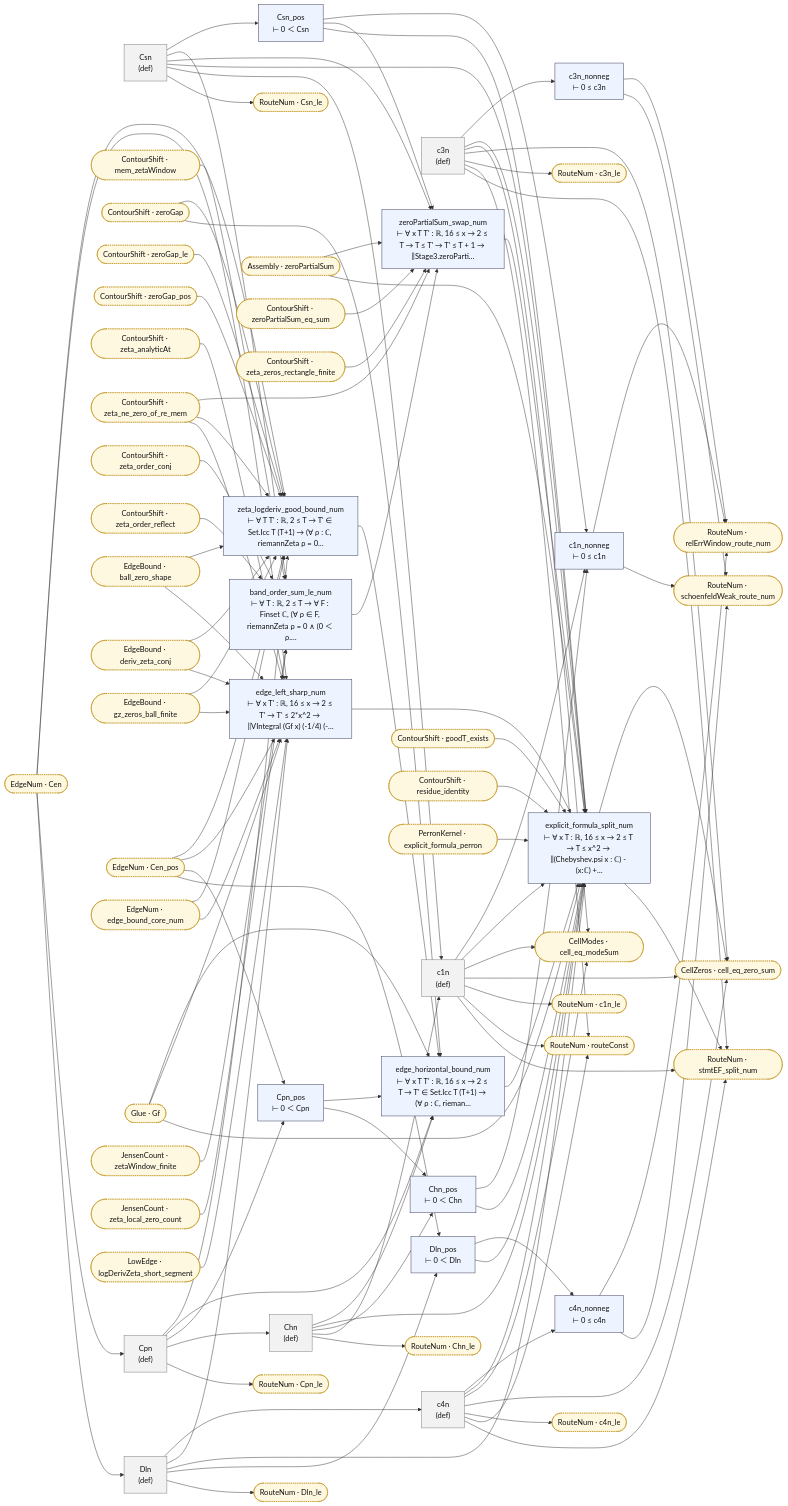
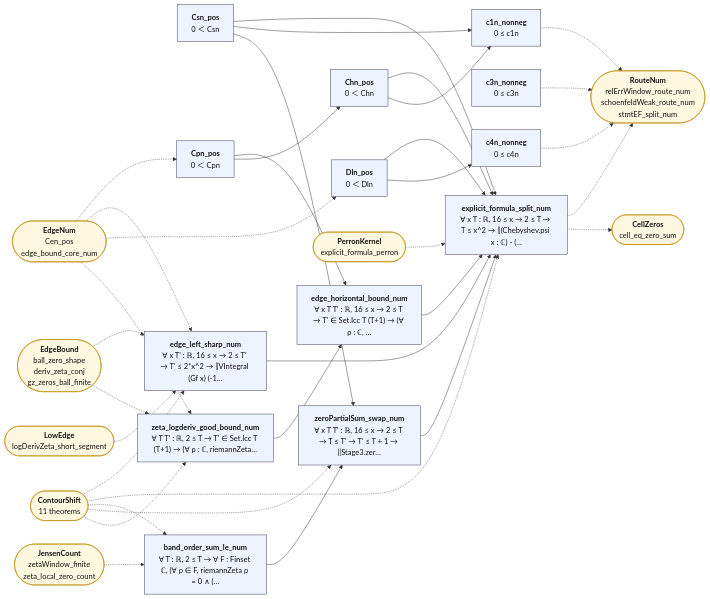
One commit to juliansambranojr/Primebeat_081426 changed the diagram in map/lean_stage3/GlueNum.md. Above: the diagram before and after it, drawn with Mermaid. The commit also changed other lines of this file and 387 other files, not shown here.

````diff
--- a/map/lean_stage3/GlueNum.md
+++ b/map/lean_stage3/GlueNum.md
@@ -8,170 +12,62 @@
 ```mermaid
 flowchart LR
-  n0["Csn<br/>(def)"]:::dfn
-  n1["Csn_pos<br/>⊢ 0 ＜ Csn"]:::thm
-  n2["Cpn<br/>(def)"]:::dfn
-  n3["Cpn_pos<br/>⊢ 0 ＜ Cpn"]:::thm
-  n4["Chn<br/>(def)"]:::dfn
-  n5["Chn_pos<br/>⊢ 0 ＜ Chn"]:::thm
-  n6["Dln<br/>(def)"]:::dfn
-  n7["Dln_pos<br/>⊢ 0 ＜ Dln"]:::thm
-  n8["c1n<br/>(def)"]:::dfn
-  n9["c3n<br/>(def)"]:::dfn
-  n10["c4n<br/>(def)"]:::dfn
-  n11["c1n_nonneg<br/>⊢ 0 ≤ c1n"]:::thm
-  n12["c3n_nonneg<br/>⊢ 0 ≤ c3n"]:::thm
-  n13["c4n_nonneg<br/>⊢ 0 ≤ c4n"]:::thm
-  n14["band_order_sum_le_num<br/>⊢ ∀ T : ℝ, 2 ≤ T → ∀ F : Finset ℂ, (∀ ρ ∈ F, riemannZeta ρ = 0 ∧ (0 ＜ ρ.…"]:::thm
-  n15["zeroPartialSum_swap_num<br/>⊢ ∀ x T T' : ℝ, 16 ≤ x → 2 ≤ T → T ≤ T' → T' ≤ T + 1 → ‖Stage3.zeroParti…"]:::thm
-  n16["zeta_logderiv_good_bound_num<br/>⊢ ∀ T T' : ℝ, 2 ≤ T → T' ∈ Set.Icc T (T+1) → (∀ ρ : ℂ, riemannZeta ρ = 0…"]:::thm
-  n17["edge_horizontal_bound_num<br/>⊢ ∀ x T T' : ℝ, 16 ≤ x → 2 ≤ T → T' ∈ Set.Icc T (T+1) → (∀ ρ : ℂ, rieman…"]:::thm
-  n18["edge_left_sharp_num<br/>⊢ ∀ x T' : ℝ, 16 ≤ x → 2 ≤ T' → T' ≤ 2*x^2 → ‖VIntegral (Gf x) (-1/4) (-…"]:::thm
-  n19["explicit_formula_split_num<br/>⊢ ∀ x T : ℝ, 16 ≤ x → 2 ≤ T → T ≤ x^2 → ‖(Chebyshev.psi x : ℂ) - (x:ℂ) +…"]:::thm
-  x0(["Assembly · zeroPartialSum"]):::ext
-  x1(["CellModes · cell_eq_modeSum"]):::ext
-  x2(["CellZeros · cell_eq_zero_sum"]):::ext
-  x3(["ContourShift · goodT_exists"]):::ext
-  x4(["ContourShift · mem_zetaWindow"]):::ext
-  x5(["ContourShift · residue_identity"]):::ext
-  x6(["ContourShift · zeroGap"]):::ext
-  x7(["ContourShift · zeroGap_le"]):::ext
-  x8(["ContourShift · zeroGap_pos"]):::ext
-  x9(["ContourShift · zeroPartialSum_eq_sum"]):::ext
-  x10(["ContourShift · zeta_analyticAt"]):::ext
-  x11(["ContourShift · zeta_ne_zero_of_re_mem"]):::ext
-  x12(["ContourShift · zeta_order_conj"]):::ext
-  x13(["ContourShift · zeta_order_reflect"]):::ext
-  x14(["ContourShift · zeta_zeros_rectangle_finite"]):::ext
-  x15(["EdgeBound · ball_zero_shape"]):::ext
-  x16(["EdgeBound · deriv_zeta_conj"]):::ext
-  x17(["EdgeBound · gz_zeros_ball_finite"]):::ext
-  x18(["EdgeNum · Cen"]):::ext
-  x19(["EdgeNum · Cen_pos"]):::ext
-  x20(["EdgeNum · edge_bound_core_num"]):::ext
-  x21(["Glue · Gf"]):::ext
-  x22(["JensenCount · zetaWindow_finite"]):::ext
-  x23(["JensenCount · zeta_local_zero_count"]):::ext
-  x24(["LowEdge · logDerivZeta_short_segment"]):::ext
-  x25(["PerronKernel · explicit_formula_perron"]):::ext
-  x26(["RouteNum · Chn_le"]):::ext
-  x27(["RouteNum · Cpn_le"]):::ext
-  x28(["RouteNum · Csn_le"]):::ext
-  x29(["RouteNum · Dln_le"]):::ext
-  x30(["RouteNum · c1n_le"]):::ext
-  x31(["RouteNum · c3n_le"]):::ext
-  x32(["RouteNum · c4n_le"]):::ext
-  x33(["RouteNum · relErrWindow_route_num"]):::ext
-  x34(["RouteNum · routeConst"]):::ext
-  x35(["RouteNum · schoenfeldWeak_route_num"]):::ext
-  x36(["RouteNum · stmtEF_split_num"]):::ext
-  n0 --> n1
-  n0 --> n14
-  n0 --> n15
-  n0 --> n19
+  n0["<b>Csn_pos</b><br/>0 ＜ Csn"]:::thm
+  n1["<b>Cpn_pos</b><br/>0 ＜ Cpn"]:::thm
+  n2["<b>Chn_pos</b><br/>0 ＜ Chn"]:::thm
+  n3["<b>Dln_pos</b><br/>0 ＜ Dln"]:::thm
+  n4["<b>c1n_nonneg</b><br/>0 ≤ c1n"]:::thm
+  n5["<b>c3n_nonneg</b><br/>0 ≤ c3n"]:::thm
+  n6["<b>c4n_nonneg</b><br/>0 ≤ c4n"]:::thm
+  n7["<b>band_order_sum_le_num</b><br/>∀ T : ℝ, 2 ≤ T → ∀ F : Finset ℂ, (∀ ρ ∈ F, riemannZeta ρ = 0 ∧ (…"]:::thm
+  n8["<b>zeroPartialSum_swap_num</b><br/>∀ x T T' : ℝ, 16 ≤ x → 2 ≤ T → T ≤ T' → T' ≤ T + 1 → ‖Stage3.zer…"]:::thm
+  n9["<b>zeta_logderiv_good_bound_num</b><br/>∀ T T' : ℝ, 2 ≤ T → T' ∈ Set.Icc T (T+1) → (∀ ρ : ℂ, riemannZeta…"]:::thm
+  n10["<b>edge_horizontal_bound_num</b><br/>∀ x T T' : ℝ, 16 ≤ x → 2 ≤ T → T' ∈ Set.Icc T (T+1) → (∀ ρ : ℂ, …"]:::thm
+  n11["<b>edge_left_sharp_num</b><br/>∀ x T' : ℝ, 16 ≤ x → 2 ≤ T' → T' ≤ 2*x^2 → ‖VIntegral (Gf x) (-1…"]:::thm
+  n12["<b>explicit_formula_split_num</b><br/>∀ x T : ℝ, 16 ≤ x → 2 ≤ T → T ≤ x^2 → ‖(Chebyshev.psi x : ℂ) - (…"]:::thm
+  x0(["<b>EdgeNum</b><br/>Cen_pos<br/>edge_bound_core_num"]):::ext
+  x1(["<b>RouteNum</b><br/>relErrWindow_route_num<br/>schoenfeldWeak_route_num<br/>stmtEF_split_num"]):::ext
+  x2(["<b>ContourShift</b><br/>11 theorems"]):::ext
+  x3(["<b>JensenCount</b><br/>zetaWindow_finite<br/>zeta_local_zero_count"]):::ext
+  x4(["<b>EdgeBound</b><br/>ball_zero_shape<br/>deriv_zeta_conj<br/>gz_zeros_ball_finite"]):::ext
+  x5(["<b>LowEdge</b><br/>logDerivZeta_short_segment"]):::ext
+  x6(["<b>PerronKernel</b><br/>explicit_formula_perron"]):::ext
+  x7(["<b>CellZeros</b><br/>cell_eq_zero_sum"]):::ext
+  n0 --> n12
+  n0 --> n4
   n0 --> n8
-  n0 --> x28
-  n1 --> n11
-  n1 --> n15
-  n1 --> n19
-  n10 --> n13
-  n10 --> n19
-  n10 --> x1
-  n10 --> x2
-  n10 --> x32
-  n10 --> x34
-  n10 --> x36
-  n11 --> x33
-  n11 --> x35
-  n12 --> x33
-  n12 --> x35
-  n13 --> x33
-  n13 --> x35
-  n14 --> n15
-  n15 --> n19
-  n16 --> n17
-  n17 --> n19
-  n18 --> n19
-  n19 --> x2
-  n19 --> x36
-  n2 --> n16
-  n2 --> n17
-  n2 --> n3
+  n1 --> n10
+  n1 --> n2
+  n10 --> n12
+  n11 --> n12
+  n2 --> n12
   n2 --> n4
-  n2 --> x27
-  n3 --> n17
-  n3 --> n5
-  n4 --> n17
-  n4 --> n19
-  n4 --> n5
-  n4 --> n8
-  n4 --> x26
-  n5 --> n11
-  n5 --> n19
-  n6 --> n10
-  n6 --> n18
-  n6 --> n19
-  n6 --> n7
-  n6 --> x29
-  n7 --> n13
-  n7 --> n19
-  n8 --> n11
-  n8 --> n19
-  n8 --> x1
-  n8 --> x2
-  n8 --> x30
-  n8 --> x34
-  n8 --> x36
-  n9 --> n12
-  n9 --> n19
-  n9 --> x1
-  n9 --> x2
-  n9 --> x31
-  n9 --> x34
-  n9 --> x36
-  x0 --> n15
-  x0 --> n19
-  x10 --> n18
-  x11 --> n15
-  x11 --> n16
-  x11 --> n18
-  x12 --> n14
-  x13 --> n14
-  x14 --> n15
-  x15 --> n16
-  x15 --> n18
-  x16 --> n16
-  x16 --> n18
-  x17 --> n16
-  x17 --> n18
-  x18 --> n16
-  x18 --> n18
-  x18 --> n2
-  x18 --> n6
-  x19 --> n16
-  x19 --> n18
-  x19 --> n3
-  x19 --> n7
-  x20 --> n16
-  x20 --> n18
-  x21 --> n17
-  x21 --> n18
-  x21 --> n19
-  x22 --> n14
-  x23 --> n14
-  x24 --> n18
-  x25 --> n19
-  x3 --> n19
-  x4 --> n14
-  x5 --> n19
-  x6 --> n16
-  x6 --> n17
-  x7 --> n16
-  x8 --> n16
-  x9 --> n15
+  n3 --> n12
+  n3 --> n6
+  n7 --> n8
+  n8 --> n12
+  n9 --> n10
+  n12 -.-> x1
+  n12 -.-> x7
+  n4 -.-> x1
+  n5 -.-> x1
+  n6 -.-> x1
+  x0 -.-> n1
+  x0 -.-> n11
+  x0 -.-> n3
+  x0 -.-> n9
+  x2 -.-> n11
+  x2 -.-> n12
+  x2 -.-> n7
+  x2 -.-> n8
+  x2 -.-> n9
+  x3 -.-> n7
+  x4 -.-> n11
+  x4 -.-> n9
+  x5 -.-> n11
+  x6 -.-> n12
   classDef thm fill:#eef4ff,stroke:#335,color:#111
-  classDef dfn fill:#f2f2f2,stroke:#777,color:#111
   classDef end_ fill:#e7f7e7,stroke:#2a7,color:#111,stroke-width:2px
   classDef lone fill:#fff,stroke:#999,color:#111,stroke-dasharray:4 3
   classDef bad fill:#ffe5e5,stroke:#c22,color:#111,stroke-width:2px
-  classDef ext fill:#fff8e1,stroke:#b80,color:#111,stroke-dasharray:2 2
+  classDef ext fill:#fff8e1,stroke:#b80,color:#111
 ```
````
